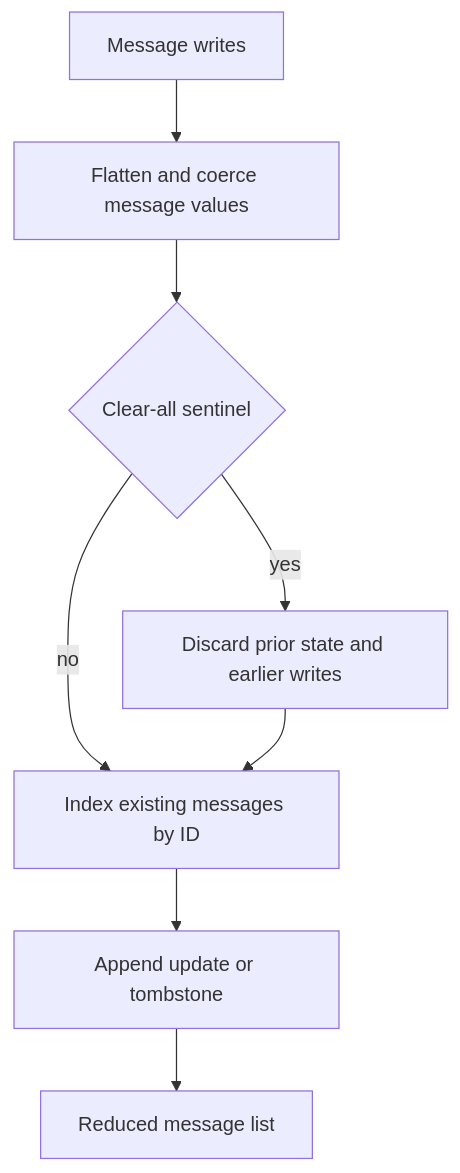
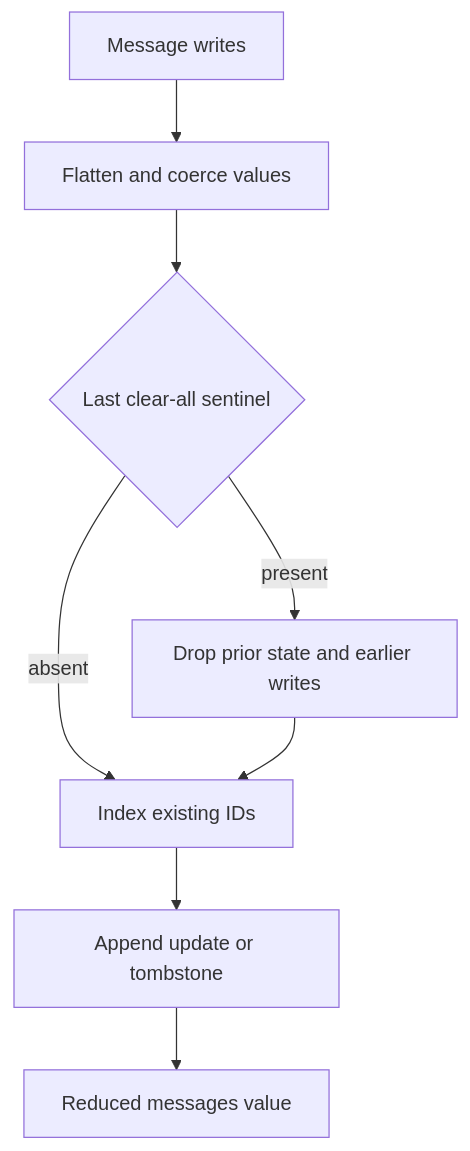
One commit to langchain-ai/deepagents changed the second of 3 diagrams in openwiki/concepts/state-persistence.md. Above: the diagram before and after it, drawn with Mermaid. The commit also changed other lines of this file and 63 other files, not shown here.

````diff
--- a/openwiki/concepts/state-persistence.md
+++ b/openwiki/concepts/state-persistence.md
@@ -96,10 +111,10 @@
 ```mermaid
 flowchart TD
-    Writes["Message writes"] --> Coerce["Flatten and coerce message values"]
-    Coerce --> Clear{"Clear-all sentinel"}
-    Clear -->|"yes"| Reset["Discard prior state and earlier writes"]
-    Clear -->|"no"| Index["Index existing messages by ID"]
-    Reset --> Index
-    Index --> Apply["Append update or tombstone"]
-    Apply --> Result["Reduced message list"]
+    Writes["Message writes"] --> Normalize["Flatten and coerce values"]
+    Normalize --> Sentinel{"Last clear-all sentinel"}
+    Sentinel -->|"present"| Clear["Drop prior state and earlier writes"]
+    Sentinel -->|"absent"| Existing["Index existing IDs"]
+    Clear --> Existing
+    Existing --> Reduce["Append update or tombstone"]
+    Reduce --> Value["Reduced messages value"]
 ```
````
